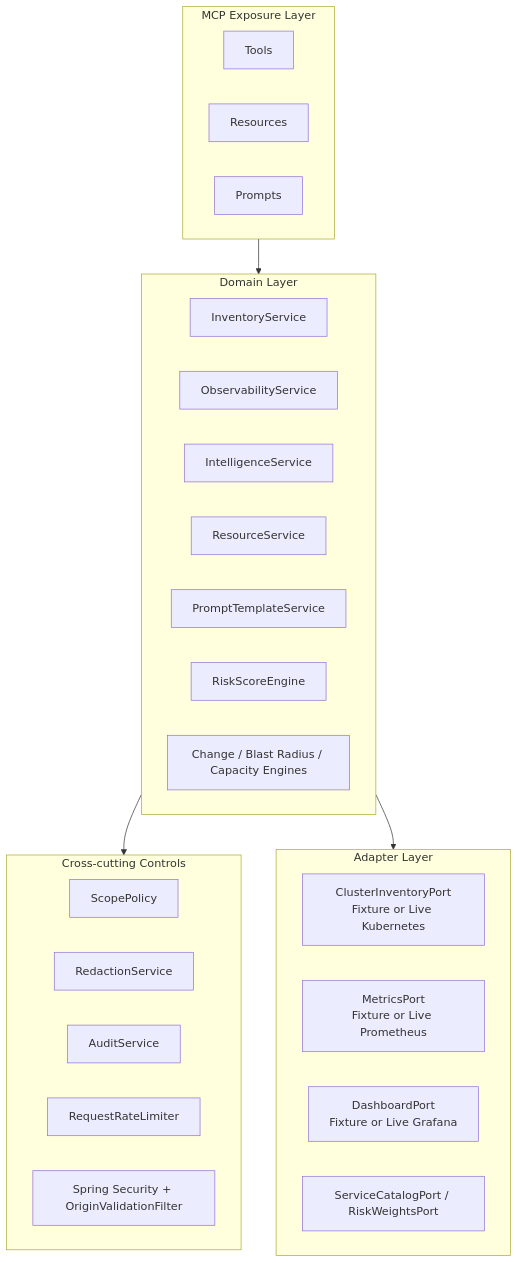
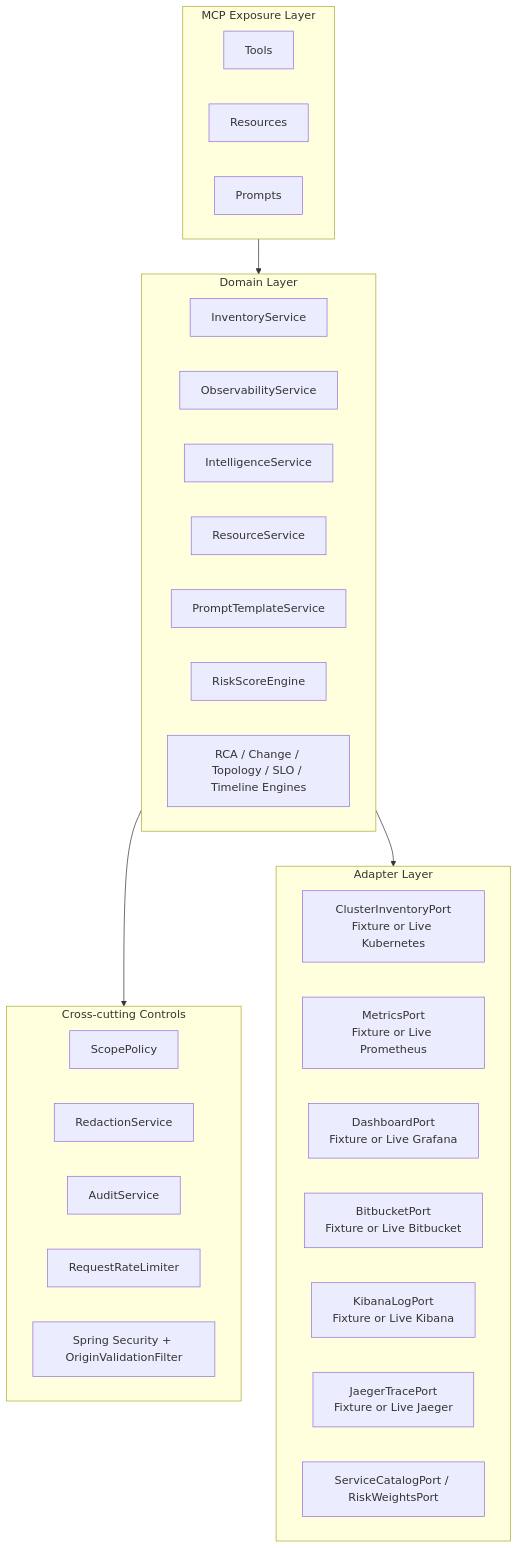
The first of 3 diagrams in docs/architecture.md (rajatyadav2505/mcp_prodops), drawn with Mermaid before and after one commit. The commit also changed other lines of this file and 7 other files, not shown here.

````diff
--- a/docs/architecture.md
+++ b/docs/architecture.md
@@ -12,37 +12,40 @@
 ```mermaid
 flowchart TB
     subgraph Exposure["MCP Exposure Layer"]
       Tools["Tools"]
       Resources["Resources"]
       Prompts["Prompts"]
     end
 
     subgraph Domain["Domain Layer"]
       Inventory["InventoryService"]
       Observability["ObservabilityService"]
       Intelligence["IntelligenceService"]
       ResourceSvc["ResourceService"]
       PromptSvc["PromptTemplateService"]
       Scoring["RiskScoreEngine"]
-      Correlation["Change / Blast Radius / Capacity Engines"]
+      Correlation["RCA / Change / Topology / SLO / Timeline Engines"]
     end
 
     subgraph Controls["Cross-cutting Controls"]
       Policy["ScopePolicy"]
       Redaction["RedactionService"]
       Audit["AuditService"]
       Rate["RequestRateLimiter"]
       Security["Spring Security + OriginValidationFilter"]
     end
 
     subgraph Adapters["Adapter Layer"]
       K8s["ClusterInventoryPort\nFixture or Live Kubernetes"]
       Prom["MetricsPort\nFixture or Live Prometheus"]
       Graf["DashboardPort\nFixture or Live Grafana"]
+      Bitbucket["BitbucketPort\nFixture or Live Bitbucket"]
+      Kibana["KibanaLogPort\nFixture or Live Kibana"]
+      Jaeger["JaegerTracePort\nFixture or Live Jaeger"]
       Catalog["ServiceCatalogPort / RiskWeightsPort"]
     end
 
     Exposure --> Domain
     Domain --> Controls
     Domain --> Adapters
 ```
````
